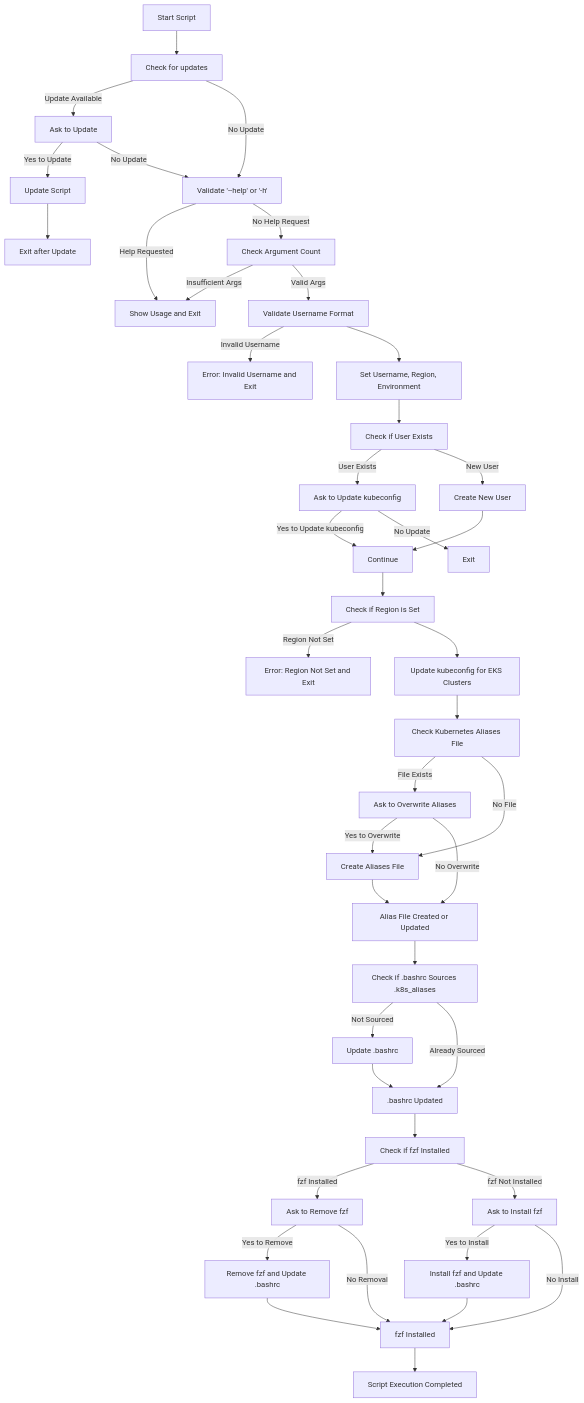
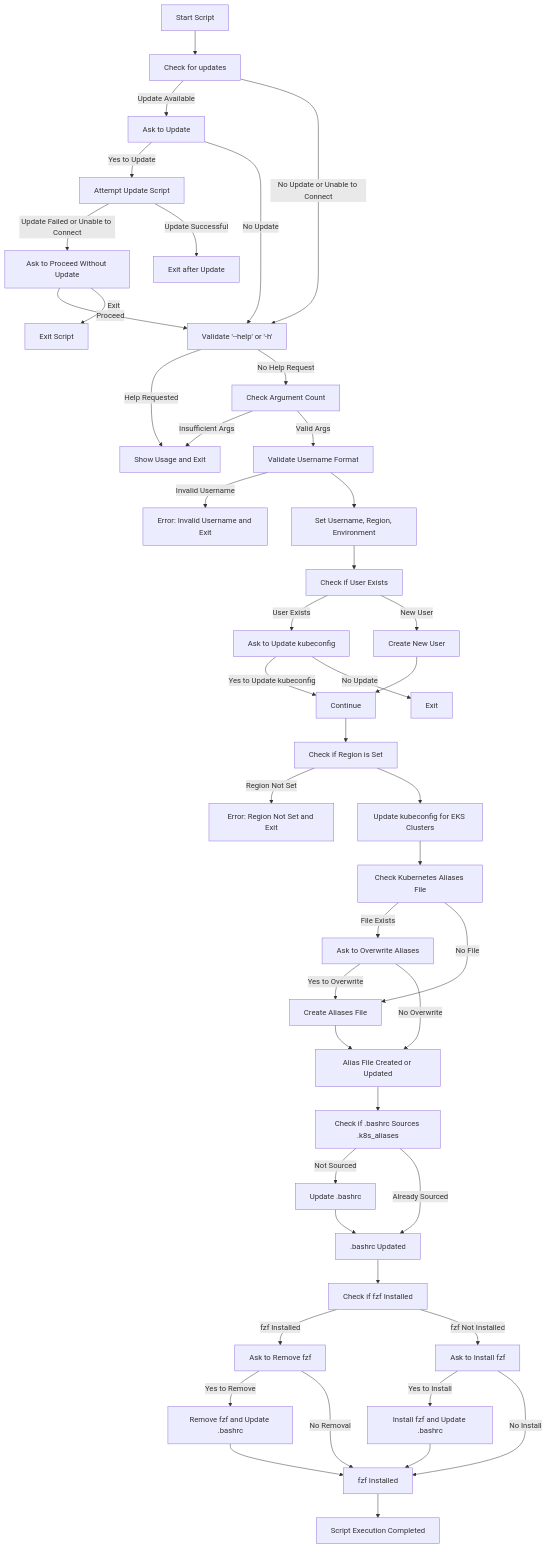
One commit to PaulRoze/mezeze changed the first of 2 diagrams in README.md. Above: the diagram before and after it, drawn with Mermaid. The commit also changed other lines of this file and 1 other file, not shown here.

````diff
--- a/README.md
+++ b/README.md
@@ -52,44 +75,47 @@
 ```mermaid
 graph TD
     A[Start Script] --> B[Check for updates]
     B -->|Update Available| C[Ask to Update]
-    B -->|No Update| D1[Validate '--help' or '-h']
-    C -->|Yes to Update| E[Update Script]
+    B -->|No Update or Unable to Connect| D1[Validate '--help' or '-h']
+    C -->|Yes to Update| E[Attempt Update Script]
     C -->|No Update| D1
-    E --> F[Exit after Update]
+    E -->|Update Failed or Unable to Connect| F[Ask to Proceed Without Update]
+    E -->|Update Successful| G[Exit after Update]
+    F -->|Proceed| D1
+    F -->|Exit| H[Exit Script]
     D1 -->|Help Requested| D2[Show Usage and Exit]
     D1 -->|No Help Request| D3[Check Argument Count]
     D3 -->|Insufficient Args| D2
     D3 -->|Valid Args| D4[Validate Username Format]
     D4 -->|Invalid Username| I[Error: Invalid Username and Exit]
     D4 --> J[Set Username, Region, Environment]
     J --> K[Check if User Exists]
     K -->|User Exists| L[Ask to Update kubeconfig]
     K -->|New User| M[Create New User]
     L -->|Yes to Update kubeconfig| N[Continue]
     L -->|No Update| O[Exit]
     M --> N
     N --> P[Check if Region is Set]
     P -->|Region Not Set| Q[Error: Region Not Set and Exit]
     P --> R[Update kubeconfig for EKS Clusters]
     R --> S1[Check Kubernetes Aliases File]
     S1 -->|File Exists| S2[Ask to Overwrite Aliases]
     S1 -->|No File| S3[Create Aliases File]
     S2 -->|Yes to Overwrite| S3
     S2 -->|No Overwrite| S4[Skip Alias Creation]
     S3 --> S4[Alias File Created or Updated]
     S4 --> T1[Check if .bashrc Sources .k8s_aliases]
     T1 -->|Not Sourced| T2[Update .bashrc]
     T1 -->|Already Sourced| T3[Skip .bashrc Update]
     T2 --> T3[.bashrc Updated]
     T3 --> U1[Check if fzf Installed]
     U1 -->|fzf Installed| U2[Ask to Remove fzf]
     U1 -->|fzf Not Installed| U3[Ask to Install fzf]
     U2 -->|Yes to Remove| U4[Remove fzf and Update .bashrc]
     U2 -->|No Removal| U5[Skip fzf Changes]
     U3 -->|Yes to Install| U6[Install fzf and Update .bashrc]
     U3 -->|No Install| U5
     U4 --> U5[fzf Removed]
     U6 --> U5[fzf Installed]
     U5 --> V[Script Execution Completed]
 ```
````
